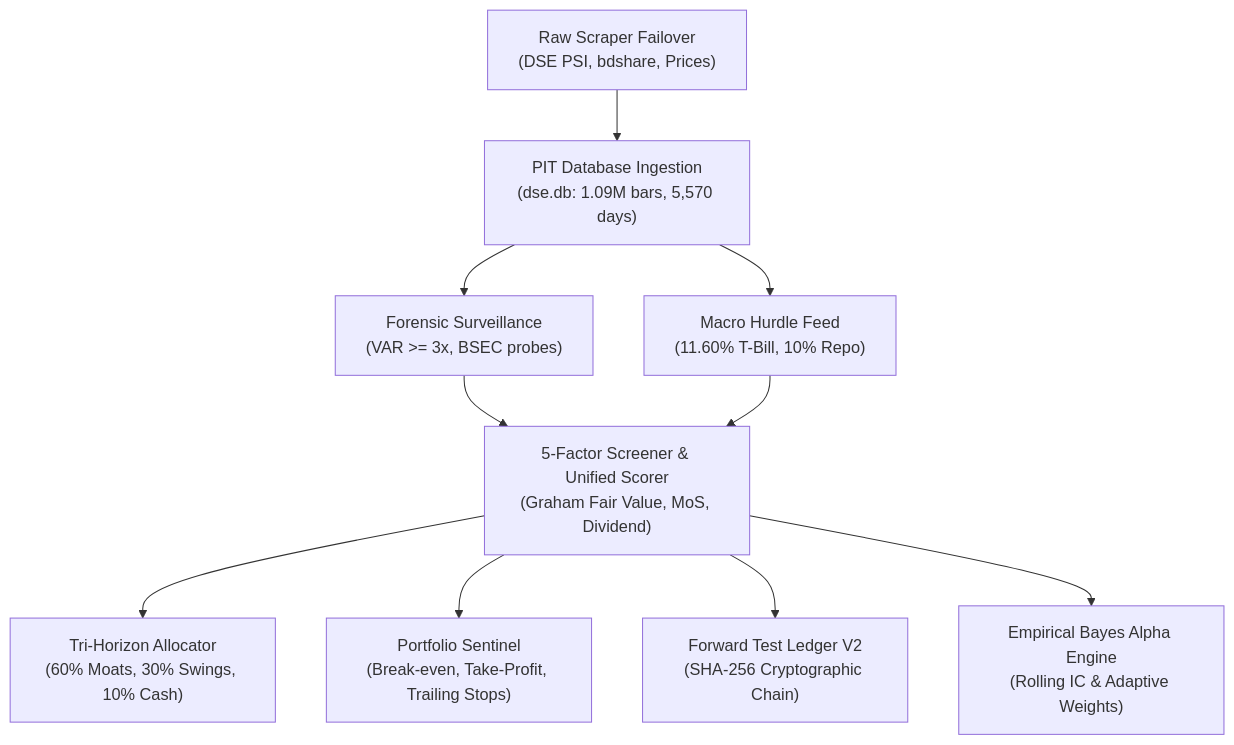
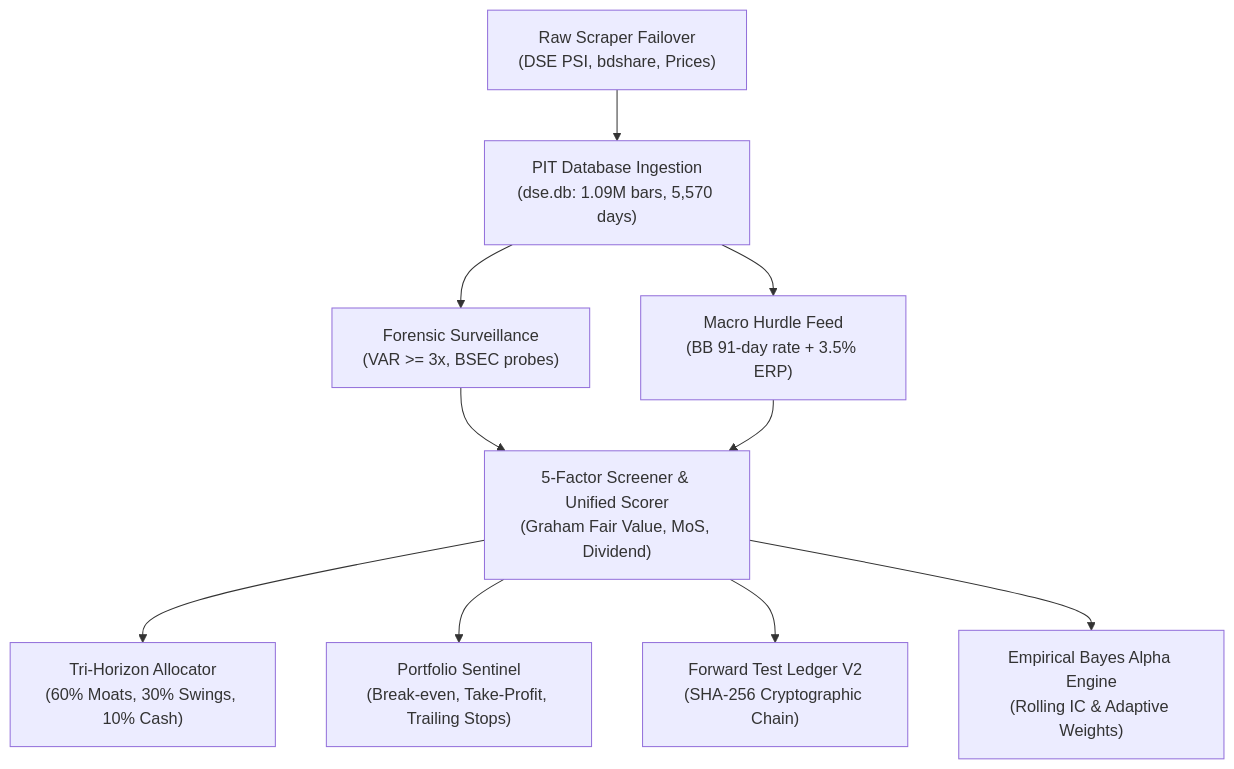
The diagram in SPEC.md (ashik1291/stock_market_expert_bd), drawn with Mermaid before and after one commit. The commit also changed other lines of this file and 844 other files, not shown here.

````diff
--- a/SPEC.md
+++ b/SPEC.md
@@ -43,11 +43,11 @@
 ```mermaid
 flowchart TD
     A["Raw Scraper Failover<br/>(DSE PSI, bdshare, Prices)"] --> B["PIT Database Ingestion<br/>(dse.db: 1.09M bars, 5,570 days)"]
     B --> C["Forensic Surveillance<br/>(VAR >= 3x, BSEC probes)"]
-    B --> D["Macro Hurdle Feed<br/>(11.60% T-Bill, 10% Repo)"]
+    B --> D["Macro Hurdle Feed<br/>(BB 91-day rate + 3.5% ERP)"]
     C & D --> E["5-Factor Screener & Unified Scorer<br/>(Graham Fair Value, MoS, Dividend)"]
     E --> F["Tri-Horizon Allocator<br/>(60% Moats, 30% Swings, 10% Cash)"]
     E --> G["Portfolio Sentinel<br/>(Break-even, Take-Profit, Trailing Stops)"]
     E --> H["Forward Test Ledger V2<br/>(SHA-256 Cryptographic Chain)"]
     E --> I["Empirical Bayes Alpha Engine<br/>(Rolling IC & Adaptive Weights)"]
 ```
````
